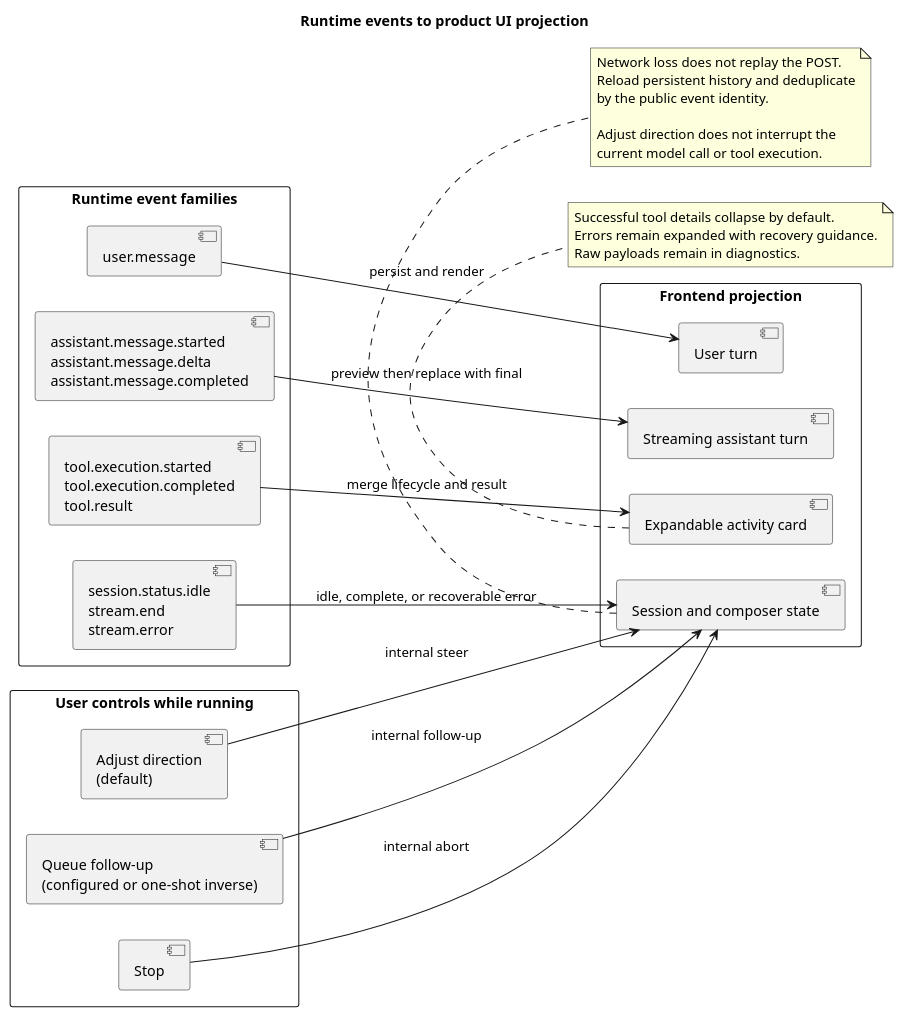
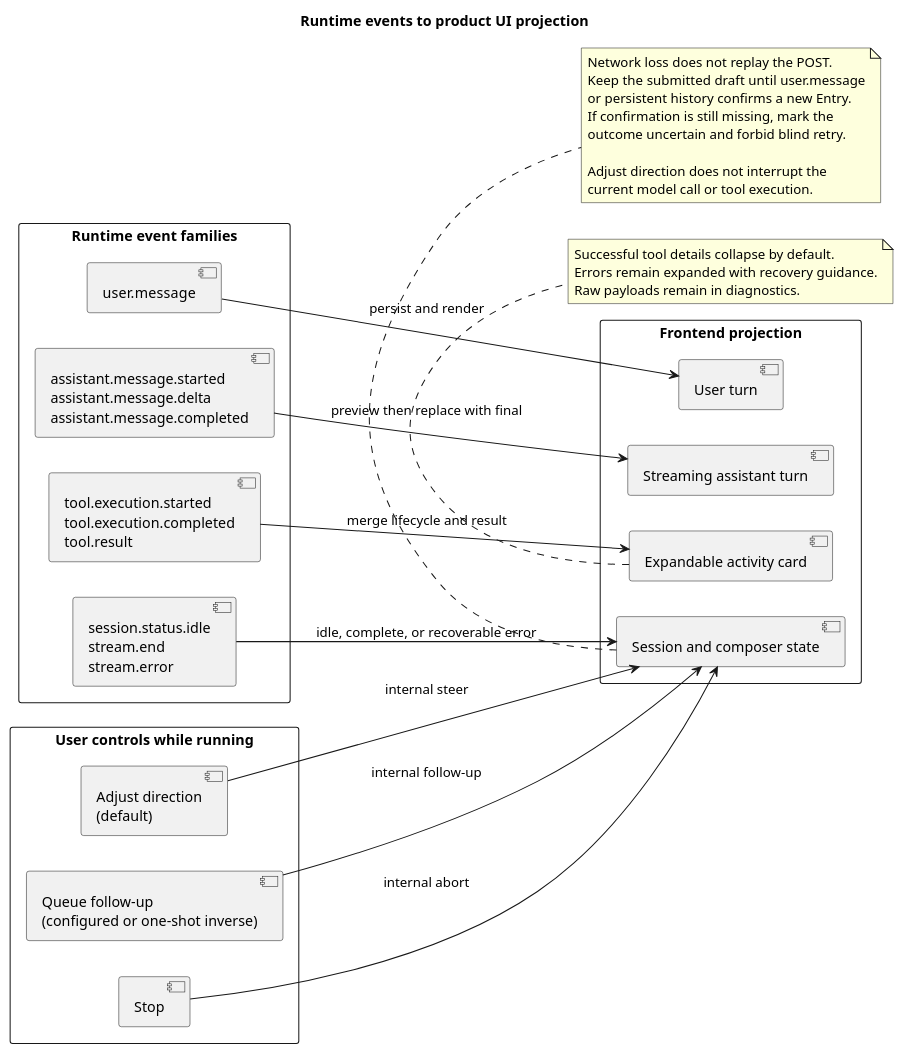
Before and after one commit to 2862282695gjh-afk/pi-mono-java: the second of 2 diagrams in docs/designs/campusclaw-frontend/diagram.puml, drawn with PlantUML. The commit also changed other lines of this file and 17 other files, not shown here.

Commit message:
fix(frontend): 对齐 Runtime HTTP 1.38 契约

```diff
--- a/docs/designs/campusclaw-frontend/diagram.puml
+++ b/docs/designs/campusclaw-frontend/diagram.puml
@@ -69,60 +70,63 @@
 @startuml runtime_event_ui_projection
-' Source baseline: 7b655487df80685187ed0193f6578060615f7d43.
+' Backend source baseline: d0efb2fd18f2f2a7db121a1cbd4f039348a8094a.
+' Frontend change baseline: 9ae08be97e49387367500da8fd8b01b4a607c4b3.
 ' Source evidence: frontend/src/projectors/runtimeEventProjector.ts (projectRuntimeEvents, projectAssistantEvent, projectToolEvent).
 ' Source evidence: frontend/src/composables/useRuntimeApi.ts (dispatchSseFrame, mergeRuntimeEvent, loadHistory).
 ' Source evidence: frontend/src/components/ComposerBox.vue (onKeydown, current follow-up mode).
 ' Source evidence: modules/coding-agent-cli/src/main/java/com/campusclaw/codingagent/runtimeapi/event/RuntimeEventType.java (RuntimeEventType).
 ' Source evidence: modules/coding-agent-cli/src/main/java/com/campusclaw/codingagent/runtimeapi/event/RuntimeEventProjector.java (projectMessageStart, projectMessageUpdate, projectToolStart, projectToolEnd).
 ' Source evidence: modules/coding-agent-cli/src/main/java/com/campusclaw/codingagent/runtimeapi/event/RuntimeEntryCodec.java (toHistoryEvent, toSseData).
 ' Product-reference evidence: ChatGPT.app webview/assets/app-initial-BCLYDefw.js (followUpQueueMode, K9s) and webview/assets/zh-CN-ByRVSIXt.js.
-' Observed behavior: persistent entries and transient execution events share one request-scoped SSE response.
+' Observed behavior: HTTP 1.38 lowerCamelCase persistent entries and transient execution events share one request-scoped SSE response.
 ' Observed Codex behavior: desktop follow-up mode defaults to steer; a modifier submits one message with the inverse mode.
 ' Design reason: the UI projects protocol events into stable conversation objects and uses one current follow-up mode instead of two persistent choices.
 
 title Runtime events to product UI projection
 left to right direction
 
 rectangle "Runtime event families" as Events {
   component "user.message" as UserEvent
   component "assistant.message.started\nassistant.message.delta\nassistant.message.completed" as AssistantEvents
   component "tool.execution.started\ntool.execution.completed\ntool.result" as ToolEvents
   component "session.status.idle\nstream.end\nstream.error" as TerminalEvents
 }
 
 rectangle "Frontend projection" as Projection {
   component "User turn" as UserTurn
   component "Streaming assistant turn" as AssistantTurn
   component "Expandable activity card" as ActivityCard
   component "Session and composer state" as SessionState
 }
 
 rectangle "User controls while running" as Controls {
   component "Adjust direction\n(default)" as Adjust
   component "Queue follow-up\n(configured or one-shot inverse)" as Continue
   component "Stop" as Stop
 }
 
 UserEvent --> UserTurn : persist and render
 AssistantEvents --> AssistantTurn : preview then replace with final
 ToolEvents --> ActivityCard : merge lifecycle and result
 TerminalEvents --> SessionState : idle, complete, or recoverable error
 
 Adjust --> SessionState : internal steer
 Continue --> SessionState : internal follow-up
 Stop --> SessionState : internal abort
 
 note bottom of ActivityCard
 Successful tool details collapse by default.
 Errors remain expanded with recovery guidance.
 Raw payloads remain in diagnostics.
 end note
 
 note bottom of SessionState
 Network loss does not replay the POST.
-Reload persistent history and deduplicate
-by the public event identity.
+Keep the submitted draft until user.message
+or persistent history confirms a new Entry.
+If confirmation is still missing, mark the
+outcome uncertain and forbid blind retry.
 
 Adjust direction does not interrupt the
 current model call or tool execution.
 end note
 @enduml
```
